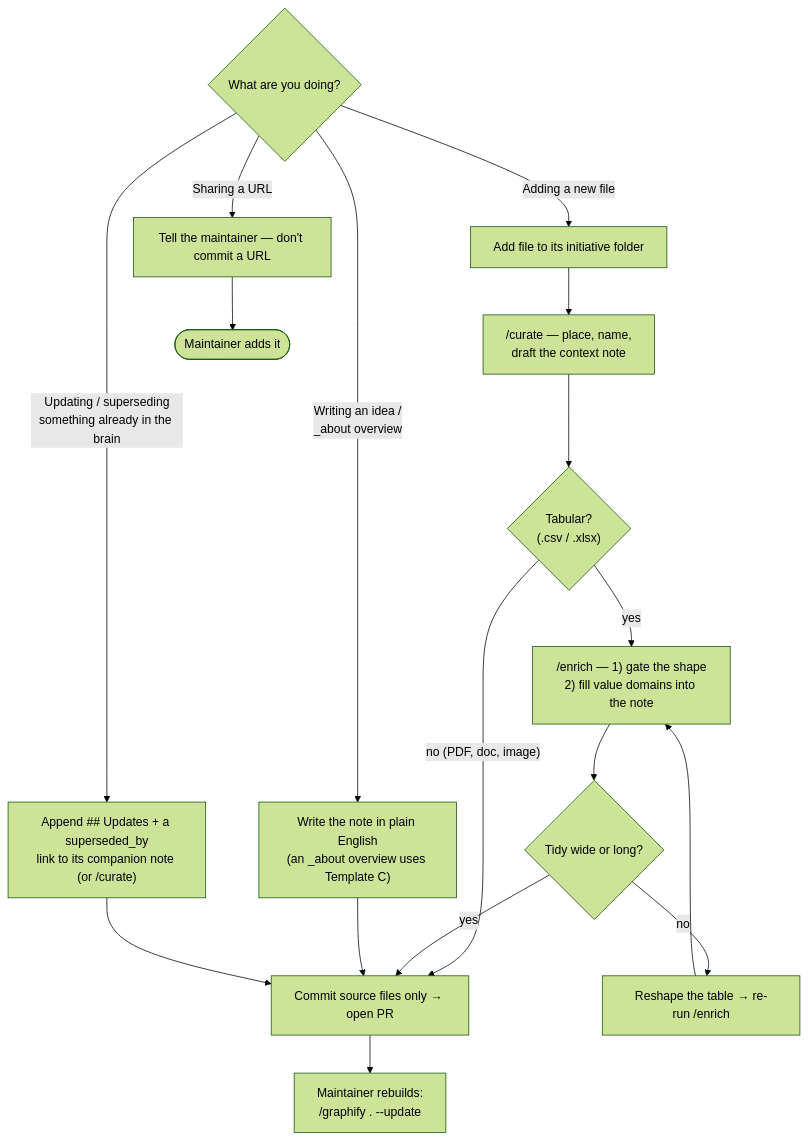
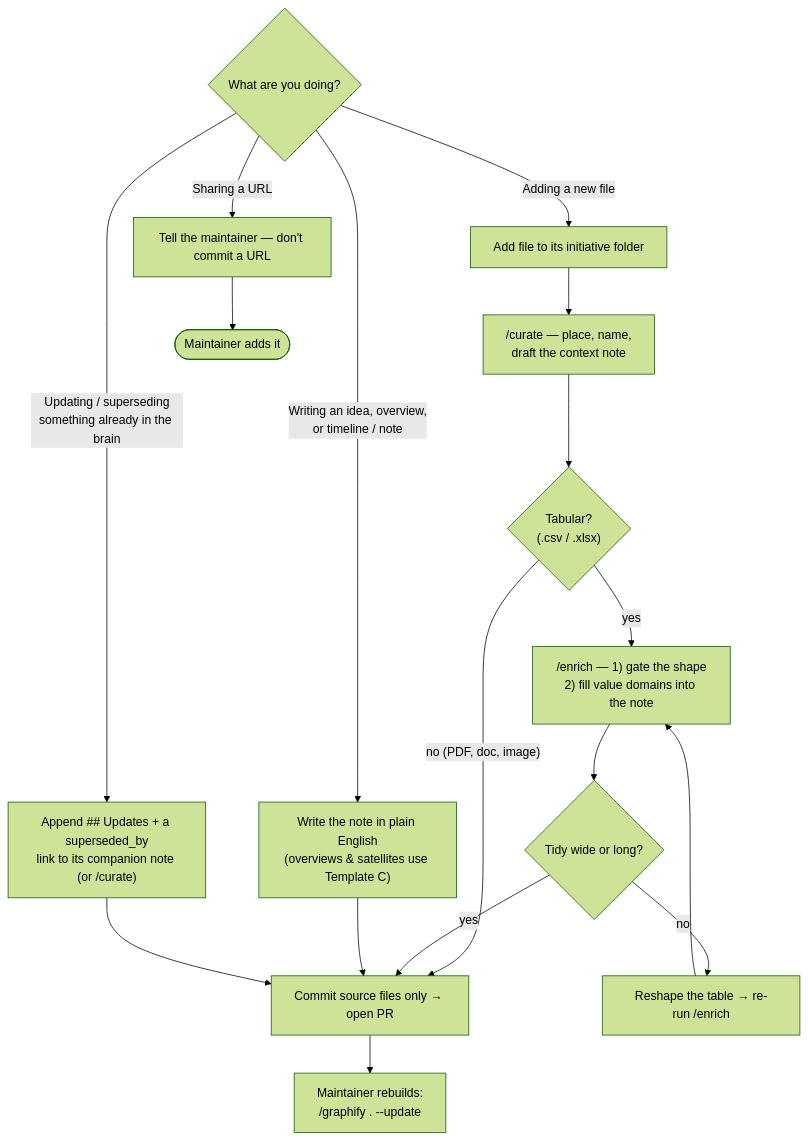
Before and after one commit to WorldFishCenter/WDB: the diagram in README.md, drawn with Mermaid (forest theme). The commit also changed other lines of this file and 47 other files, not shown here.

````diff
--- a/README.md
+++ b/README.md
@@ -49,21 +49,21 @@
 ```mermaid
 flowchart TD
   S{"What are you doing?"}
   S -- "Adding a new file" --> A[Add file to its initiative folder]
-  S -- "Writing an idea /<br/>_about overview" --> N["Write the note in plain English<br/>(an _about overview uses Template C)"]
+  S -- "Writing an idea, overview,<br/>or timeline / note" --> N["Write the note in plain English<br/>(overviews & satellites use Template C)"]
   S -- "Sharing a URL" --> L["Tell the maintainer — don't commit a URL"]
   S -- "Updating / superseding<br/>something already in the brain" --> U["Append ## Updates + a superseded_by<br/>link to its companion note (or /curate)"]
 
   A --> B["/curate — place, name,<br/>draft the context note"]
   B --> C{"Tabular?<br/>(.csv / .xlsx)"}
   C -- "no (PDF, doc, image)" --> G[Commit source files only → open PR]
   C -- "yes" --> D["/enrich — 1) gate the shape<br/>2) fill value domains into the note"]
   D --> E{Tidy wide or long?}
   E -- "no" --> F[Reshape the table → re-run /enrich]
   F --> D
   E -- "yes" --> G
   N --> G
   U --> G
   L --> Z([Maintainer adds it])
   G --> H["Maintainer rebuilds:<br/>/graphify . --update"]
 ```
````
